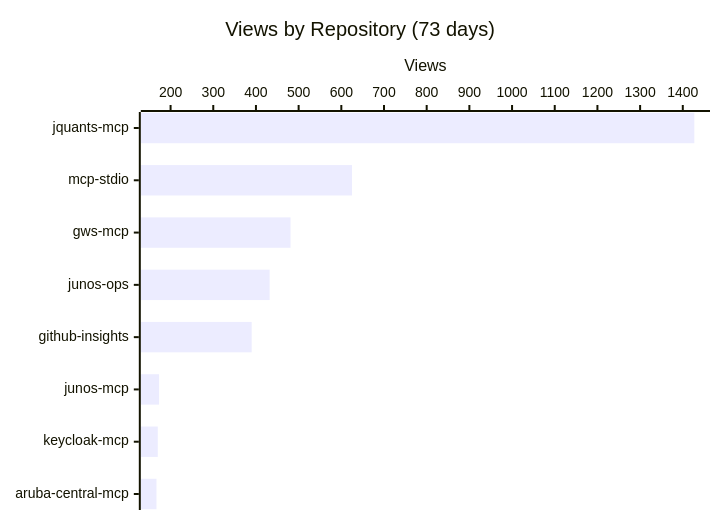
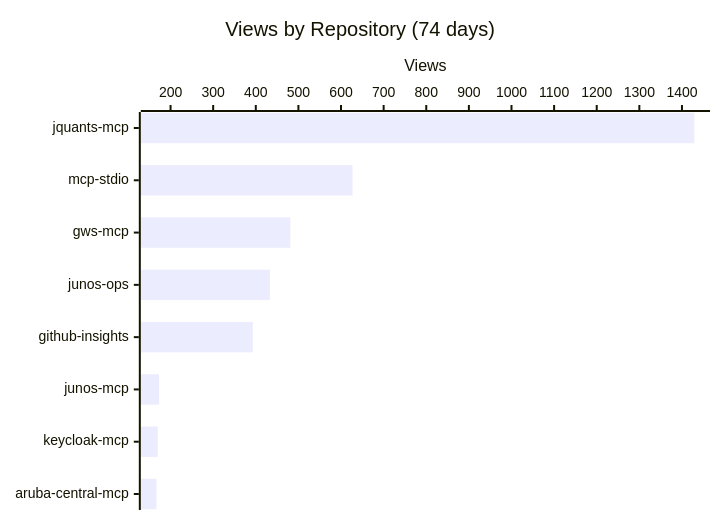
The first of 3 diagrams in README.md (shigechika/github-insights), drawn with Mermaid before and after one commit. The commit also changed other lines of this file and 2 other files, not shown here.

````diff
--- a/README.md
+++ b/README.md
@@ -18,7 +18,7 @@
 ```mermaid
 xychart-beta horizontal
-    title "Views by Repository (73 days)"
+    title "Views by Repository (74 days)"
     x-axis ["jquants-mcp", "mcp-stdio", "gws-mcp", "junos-ops", "github-insights", "junos-mcp", "keycloak-mcp", "aruba-central-mcp"]
     y-axis "Views"
-    bar [1427, 625, 481, 432, 390, 173, 170, 167]
+    bar [1429, 627, 481, 433, 393, 173, 170, 167]
 ```
````
